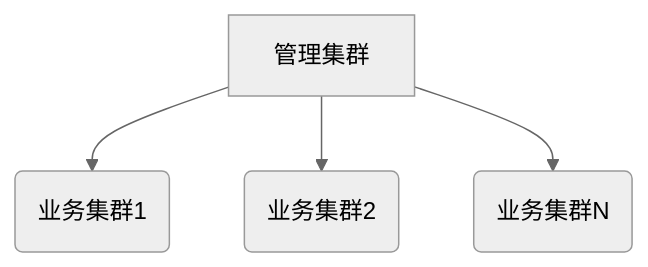
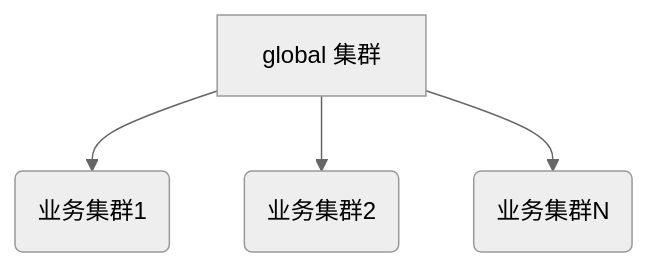
Before and after one commit to alauda/acp-docs: the diagram in docs/zh/install/overview.mdx, drawn with Mermaid (neutral theme). The commit also changed other lines of this file and 5 other files, not shown here.

````diff
--- a/docs/zh/install/overview.mdx
+++ b/docs/zh/install/overview.mdx
@@ -41,6 +41,6 @@
   ```mermaid
   graph TD
-      A[管理集群] --> B(业务集群1)
+      A[global 集群] --> B(业务集群1)
       A --> C(业务集群2)
       A --> D(业务集群N)
   ```
````
